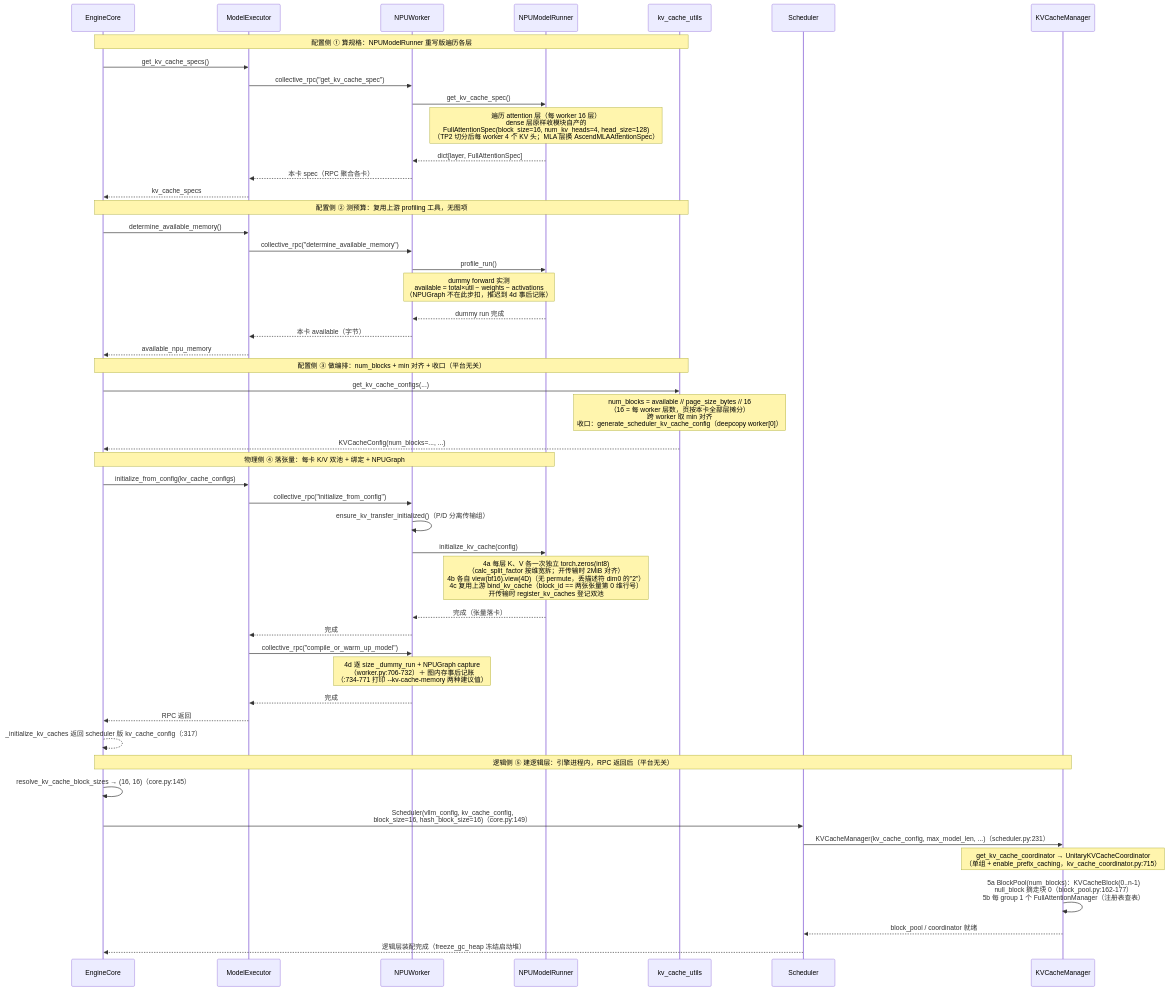
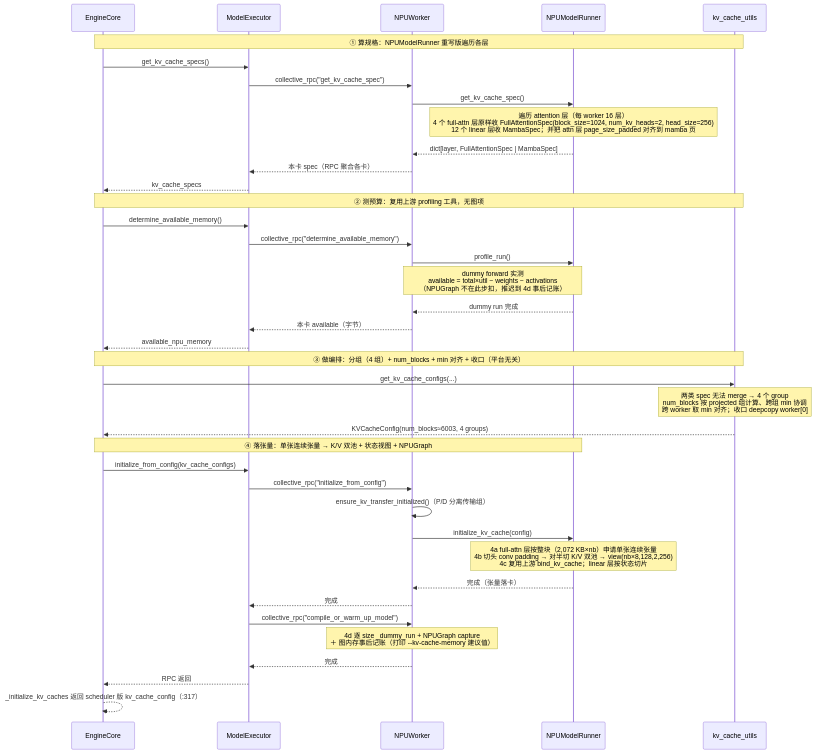
The first of 2 diagrams in vllm/v1/core/kvcache_study/kvcache_docs/npu_hybrid/1_start_init.md (GoCHug/vllm), drawn with Mermaid before and after one commit. The commit also changed other lines of this file and 3 other files, not shown here.

````diff
--- a/vllm/v1/core/kvcache_study/kvcache_docs/npu_hybrid/1_start_init.md
+++ b/vllm/v1/core/kvcache_study/kvcache_docs/npu_hybrid/1_start_init.md
@@ -78,57 +97,46 @@
 ```mermaid
 %%{init: {"themeVariables": {"actorFontSize": "11px", "messageFontSize": "11px", "noteFontSize": "11px"}, "sequence": {"actorMargin": 40, "messageMargin": 16, "noteMargin": 8, "boxMargin": 8, "mirrorActors": true}}}%%
 sequenceDiagram
     participant EngineCore
     participant ModelExecutor
     participant NPUWorker
     participant NPUModelRunner
     participant kv_cache_utils
-    participant Scheduler
-    participant KVCacheManager
 
-    Note over EngineCore,kv_cache_utils: 配置侧 ① 算规格：NPUModelRunner 重写版遍历各层
+    Note over EngineCore,kv_cache_utils: ① 算规格：NPUModelRunner 重写版遍历各层
     EngineCore->>ModelExecutor: get_kv_cache_specs()
     ModelExecutor->>NPUWorker: collective_rpc("get_kv_cache_spec")
     NPUWorker->>NPUModelRunner: get_kv_cache_spec()
-    Note over NPUModelRunner: 遍历 attention 层（每 worker 16 层）<br/>dense 层原样收模块自产的<br/>FullAttentionSpec(block_size=16, num_kv_heads=4, head_size=128)<br/>（TP2 切分后每 worker 4 个 KV 头；MLA 层换 AscendMLAAttentionSpec）
-    NPUModelRunner-->>NPUWorker: dict[layer, FullAttentionSpec]
+    Note over NPUModelRunner: 遍历 attention 层（每 worker 16 层）<br/>4 个 full-attn 层原样收 FullAttentionSpec(block_size=1024, num_kv_heads=2, head_size=256)<br/>12 个 linear 层收 MambaSpec；并把 attn 层 page_size_padded 对齐到 mamba 页
+    NPUModelRunner-->>NPUWorker: dict[layer, FullAttentionSpec | MambaSpec]
     NPUWorker-->>ModelExecutor: 本卡 spec（RPC 聚合各卡）
     ModelExecutor-->>EngineCore: kv_cache_specs
 
-    Note over EngineCore,kv_cache_utils: 配置侧 ② 测预算：复用上游 profiling 工具，无图项
+    Note over EngineCore,kv_cache_utils: ② 测预算：复用上游 profiling 工具，无图项
     EngineCore->>ModelExecutor: determine_available_memory()
     ModelExecutor->>NPUWorker: collective_rpc("determine_available_memory")
     NPUWorker->>NPUModelRunner: profile_run()
     Note over NPUWorker,NPUModelRunner: dummy forward 实测<br/>available = total×util − weights − activations<br/>（NPUGraph 不在此步扣，推迟到 4d 事后记账）
     NPUModelRunner-->>NPUWorker: dummy run 完成
     NPUWorker-->>ModelExecutor: 本卡 available（字节）
     ModelExecutor-->>EngineCore: available_npu_memory
 
-    Note over EngineCore,kv_cache_utils: 配置侧 ③ 做编排：num_blocks + min 对齐 + 收口（平台无关）
+    Note over EngineCore,kv_cache_utils: ③ 做编排：分组（4 组）+ num_blocks + min 对齐 + 收口（平台无关）
     EngineCore->>kv_cache_utils: get_kv_cache_configs(...)
-    Note over kv_cache_utils: num_blocks = available // page_size_bytes // 16<br/>（16 = 每 worker 层数，页按本卡全部层摊分）<br/>跨 worker 取 min 对齐<br/>收口：generate_scheduler_kv_cache_config（deepcopy worker[0]）
-    kv_cache_utils-->>EngineCore: KVCacheConfig(num_blocks=..., ...)
+    Note over kv_cache_utils: 两类 spec 无法 merge → 4 个 group<br/>num_blocks 按 projected 组计算、跨组 min 协调<br/>跨 worker 取 min 对齐；收口 deepcopy worker[0]
+    kv_cache_utils-->>EngineCore: KVCacheConfig(num_blocks≈6003, 4 groups)
 
-    Note over EngineCore,NPUModelRunner: 物理侧 ④ 落张量：每卡 K/V 双池 + 绑定 + NPUGraph
+    Note over EngineCore,NPUModelRunner: ④ 落张量：单张连续张量 → K/V 双池 + 状态视图 + NPUGraph
     EngineCore->>ModelExecutor: initialize_from_config(kv_cache_configs)
     ModelExecutor->>NPUWorker: collective_rpc("initialize_from_config")
     NPUWorker->>NPUWorker: ensure_kv_transfer_initialized()（P/D 分离传输组）
     NPUWorker->>NPUModelRunner: initialize_kv_cache(config)
-    Note over NPUModelRunner: 4a 每层 K、V 各一次独立 torch.zeros(int8)<br/>（calc_split_factor 按维宽拆；开传输时 2MiB 对齐）<br/>4b 各自 view(bf16).view(4D)（无 permute，丢描述符 dim0 的"2"）<br/>4c 复用上游 bind_kv_cache（block_id == 两张张量第 0 维行号）<br/>开传输时 register_kv_caches 登记双池
+    Note over NPUModelRunner: 4a full-attn 层按整块（2,072 KB×nb）申请单张连续张量<br/>4b 切头 conv padding → 对半切 K/V 双池 → view(nb×8,128,2,256)<br/>4c 复用上游 bind_kv_cache；linear 层按状态切片
     NPUModelRunner-->>NPUWorker: 完成（张量落卡）
     NPUWorker-->>ModelExecutor: 完成
     ModelExecutor->>NPUWorker: collective_rpc("compile_or_warm_up_model")
-    Note over NPUWorker: 4d 逐 size _dummy_run + NPUGraph capture<br/>（worker.py:706-732）＋ 图内存事后记账<br/>（:734-771 打印 --kv-cache-memory 两种建议值）
+    Note over NPUWorker: 4d 逐 size _dummy_run + NPUGraph capture<br/>＋ 图内存事后记账（打印 --kv-cache-memory 建议值）
     NPUWorker-->>ModelExecutor: 完成
     ModelExecutor-->>EngineCore: RPC 返回
     EngineCore-->>EngineCore: _initialize_kv_caches 返回 scheduler 版 kv_cache_config（:317）
-
-    Note over EngineCore,KVCacheManager: 逻辑侧 ⑤ 建逻辑层：引擎进程内，RPC 返回后（平台无关）
-    EngineCore->>EngineCore: resolve_kv_cache_block_sizes → (16, 16)（core.py:145）
-    EngineCore->>Scheduler: Scheduler(vllm_config, kv_cache_config,<br/>block_size=16, hash_block_size=16)（core.py:149）
-    Scheduler->>KVCacheManager: KVCacheManager(kv_cache_config, max_model_len, ...)（scheduler.py:231）
-    Note over KVCacheManager: get_kv_cache_coordinator → UnitaryKVCacheCoordinator<br/>（单组 + enable_prefix_caching，kv_cache_coordinator.py:715）
-    KVCacheManager->>KVCacheManager: 5a BlockPool(num_blocks)：KVCacheBlock(0..n-1)<br/>null_block 摘走块 0（block_pool.py:162-177）<br/>5b 每 group 1 个 FullAttentionManager（注册表查表）
-    KVCacheManager-->>Scheduler: block_pool / coordinator 就绪
-    Scheduler-->>EngineCore: 逻辑层装配完成（freeze_gc_heap 冻结启动堆）
 ```
````
